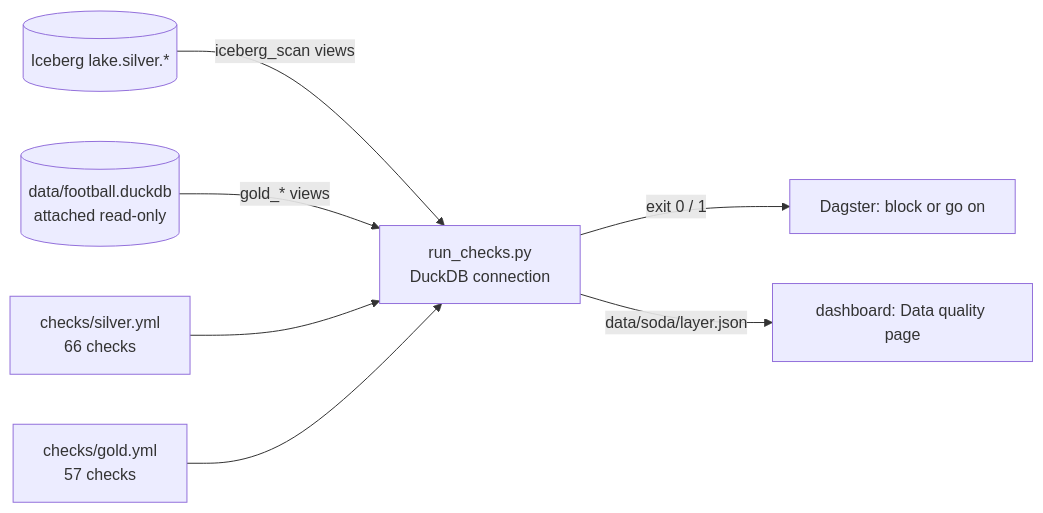
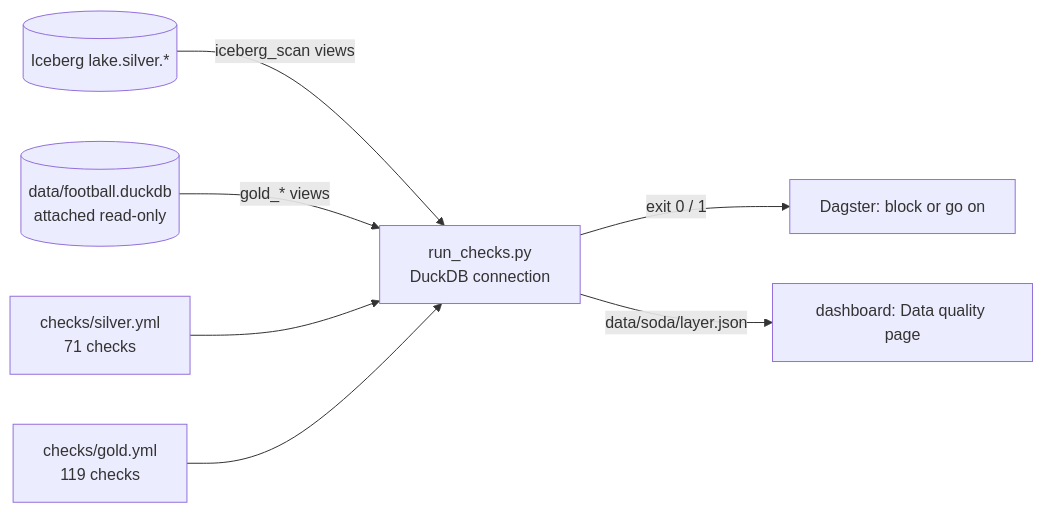
Before and after one commit to Anaximandr0s/football-data-platform: the diagram in soda/README.md, drawn with Mermaid. The commit also changed other lines of this file and 7 other files, not shown here.

````diff
--- a/soda/README.md
+++ b/soda/README.md
@@ -7,9 +7,9 @@
 ```mermaid
 flowchart LR
     S[(Iceberg lake.silver.*)] -->|iceberg_scan views| R[run_checks.py<br/>DuckDB connection]
     G[(data/football.duckdb<br/>attached read-only)] -->|gold_* views| R
-    C1[checks/silver.yml<br/>66 checks] --> R
-    C2[checks/gold.yml<br/>57 checks] --> R
+    C1[checks/silver.yml<br/>71 checks] --> R
+    C2[checks/gold.yml<br/>119 checks] --> R
     R -->|exit 0 / 1| D[Dagster: block or go on]
     R -->|data/soda/layer.json| A[dashboard: Data quality page]
 ```
````
